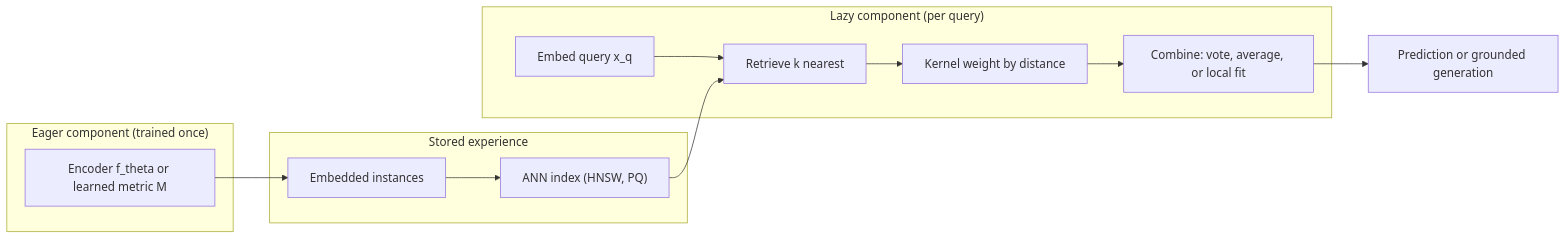
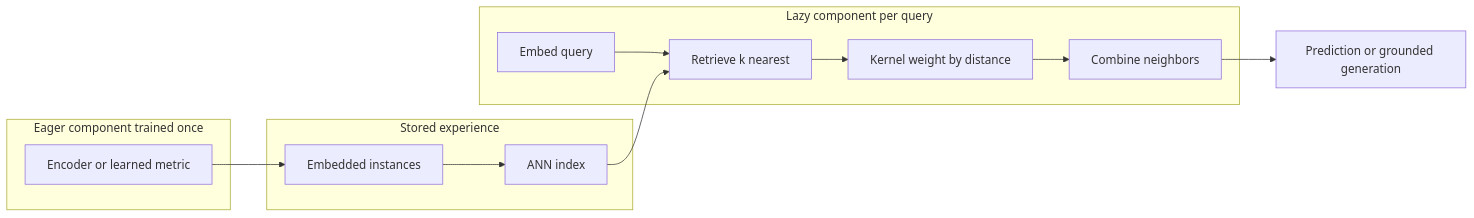
The diagram in 095-instance-based-learning.qmd (mikenguyen13/ai_in_action), drawn with Mermaid before and after one commit. The commit also changed other lines of this file and 52 other files, not shown here.

Commit message:
Fix Mermaid rendering in 22 chapters: remove ampersands and br tags from node labels, move detail to tables

````diff
--- a/095-instance-based-learning.qmd
+++ b/095-instance-based-learning.qmd
@@ -169,20 +169,20 @@
 ```{mermaid}
 flowchart LR
-    subgraph Eager["Eager component (trained once)"]
-        E1["Encoder f_theta or learned metric M"]
+    subgraph Eager["Eager component trained once"]
+        E1["Encoder or learned metric"]
     end
     subgraph Store["Stored experience"]
         S1["Embedded instances"]
-        S2["ANN index (HNSW, PQ)"]
+        S2["ANN index"]
     end
-    subgraph Lazy["Lazy component (per query)"]
-        L1["Embed query x_q"]
+    subgraph Lazy["Lazy component per query"]
+        L1["Embed query"]
         L2["Retrieve k nearest"]
         L3["Kernel weight by distance"]
-        L4["Combine: vote, average, or local fit"]
+        L4["Combine neighbors"]
     end
     E1 --> S1 --> S2
     L1 --> L2
     S2 --> L2
     L2 --> L3 --> L4 --> P["Prediction or grounded generation"]
 ```
````
